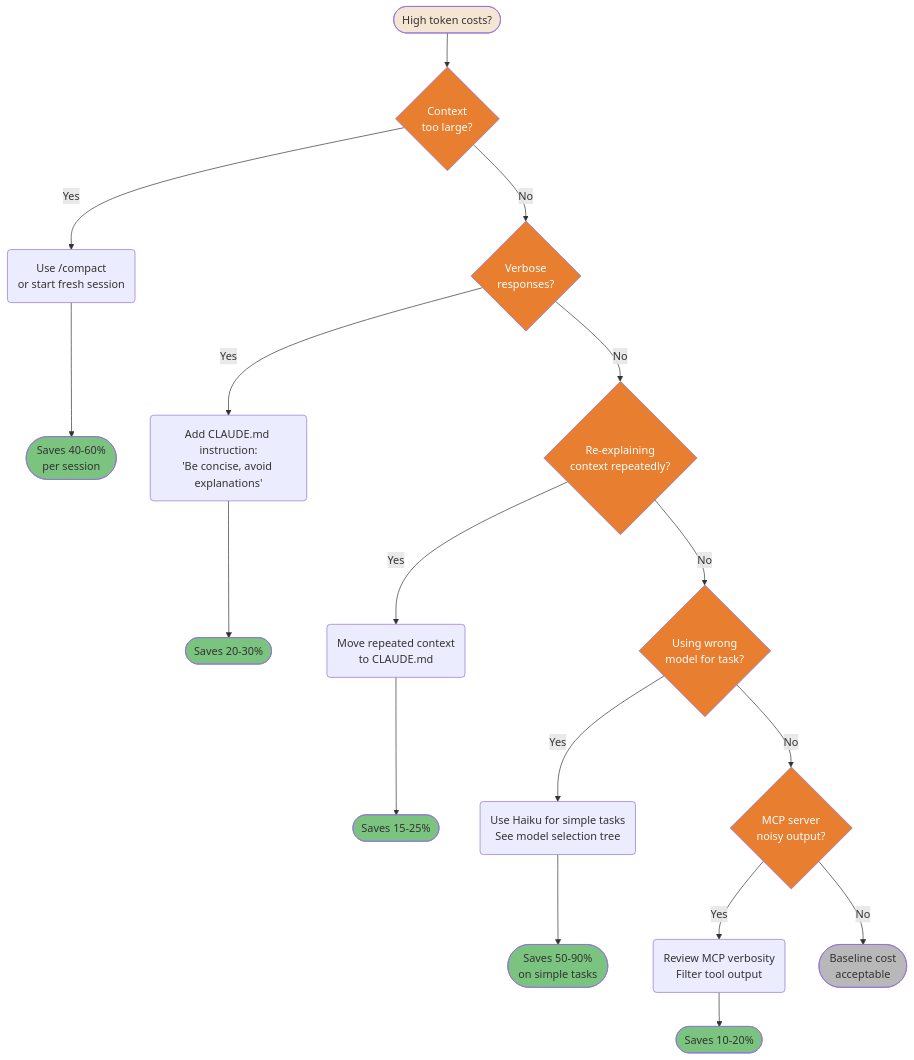
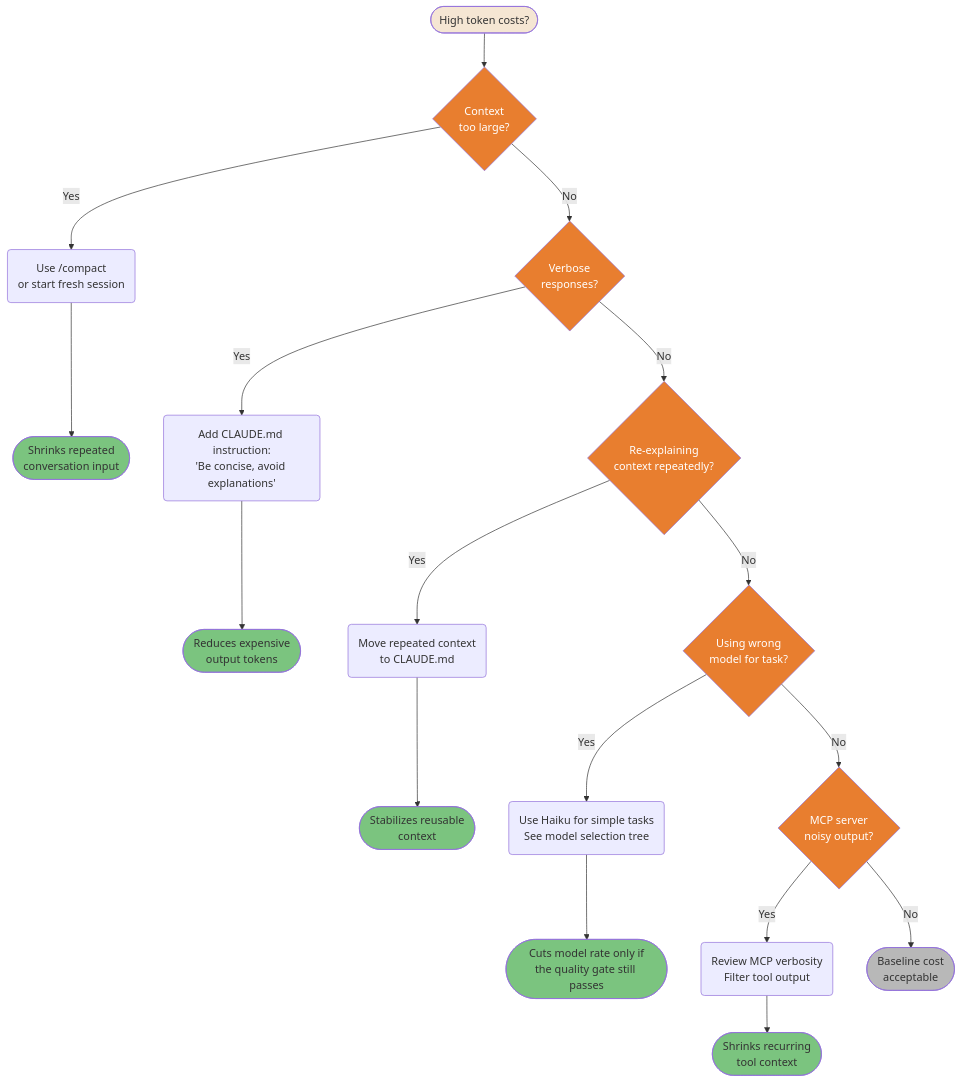
Before and after one commit to FlorianBruniaux/claude-code-ultimate-guide: the second of 4 diagrams in guide/diagrams/09-cost-and-optimization.md, drawn with Mermaid. The commit also changed other lines of this file and 10 other files, not shown here.

````diff
--- a/guide/diagrams/09-cost-and-optimization.md
+++ b/guide/diagrams/09-cost-and-optimization.md
@@ -99,55 +99,55 @@
 ```mermaid
 flowchart TD
     A([High token costs?]) --> B{Context<br/>too large?}
     B -->|Yes| C(Use /compact<br/>or start fresh session)
-    C --> Z([Saves 40-60%<br/>per session])
+    C --> Z([Shrinks repeated<br/>conversation input])
 
     B -->|No| D{Verbose<br/>responses?}
     D -->|Yes| E(Add CLAUDE.md instruction:<br/>'Be concise, avoid explanations')
-    E --> Z2([Saves 20-30%])
+    E --> Z2([Reduces expensive<br/>output tokens])
 
     D -->|No| F{Re-explaining<br/>context repeatedly?}
     F -->|Yes| G(Move repeated context<br/>to CLAUDE.md)
-    G --> Z3([Saves 15-25%])
+    G --> Z3([Stabilizes reusable<br/>context])
 
     F -->|No| H{Using wrong<br/>model for task?}
     H -->|Yes| I(Use Haiku for simple tasks<br/>See model selection tree)
-    I --> Z4([Saves 50-90%<br/>on simple tasks])
+    I --> Z4([Cuts model rate only if<br/>the quality gate still passes])
 
     H -->|No| J{MCP server<br/>noisy output?}
     J -->|Yes| K(Review MCP verbosity<br/>Filter tool output)
-    K --> Z5([Saves 10-20%])
+    K --> Z5([Shrinks recurring<br/>tool context])
 
     J -->|No| L([Baseline cost<br/>acceptable])
 
     style A fill:#F5E6D3,color:#333
     style B fill:#E87E2F,color:#fff
     style D fill:#E87E2F,color:#fff
     style F fill:#E87E2F,color:#fff
     style H fill:#E87E2F,color:#fff
     style J fill:#E87E2F,color:#fff
     style Z fill:#7BC47F,color:#333
     style Z2 fill:#7BC47F,color:#333
     style Z3 fill:#7BC47F,color:#333
     style Z4 fill:#7BC47F,color:#333
     style Z5 fill:#7BC47F,color:#333
     style L fill:#B8B8B8,color:#333
 
     click A href "https://github.com/FlorianBruniaux/claude-code-ultimate-guide/blob/main/guide/ultimate-guide.md#913-cost-optimization-strategies" "High token costs?"
     click B href "https://github.com/FlorianBruniaux/claude-code-ultimate-guide/blob/main/guide/ultimate-guide.md#913-cost-optimization-strategies" "Context too large?"
     click C href "https://github.com/FlorianBruniaux/claude-code-ultimate-guide/blob/main/guide/ultimate-guide.md#913-cost-optimization-strategies" "Use /compact or start fresh"
     click D href "https://github.com/FlorianBruniaux/claude-code-ultimate-guide/blob/main/guide/ultimate-guide.md#913-cost-optimization-strategies" "Verbose responses?"
     click E href "https://github.com/FlorianBruniaux/claude-code-ultimate-guide/blob/main/guide/ultimate-guide.md#913-cost-optimization-strategies" "Add CLAUDE.md instruction"
     click F href "https://github.com/FlorianBruniaux/claude-code-ultimate-guide/blob/main/guide/ultimate-guide.md#913-cost-optimization-strategies" "Re-explaining context?"
     click G href "https://github.com/FlorianBruniaux/claude-code-ultimate-guide/blob/main/guide/ultimate-guide.md#913-cost-optimization-strategies" "Move context to CLAUDE.md"
     click H href "https://github.com/FlorianBruniaux/claude-code-ultimate-guide/blob/main/guide/ultimate-guide.md#913-cost-optimization-strategies" "Wrong model?"
     click I href "https://github.com/FlorianBruniaux/claude-code-ultimate-guide/blob/main/guide/ultimate-guide.md#25-model-selection--thinking-guide" "Use Haiku for simple tasks"
     click J href "https://github.com/FlorianBruniaux/claude-code-ultimate-guide/blob/main/guide/ultimate-guide.md#913-cost-optimization-strategies" "Noisy MCP output?"
     click K href "https://github.com/FlorianBruniaux/claude-code-ultimate-guide/blob/main/guide/ultimate-guide.md#913-cost-optimization-strategies" "Review MCP verbosity"
     click L href "https://github.com/FlorianBruniaux/claude-code-ultimate-guide/blob/main/guide/ultimate-guide.md#913-cost-optimization-strategies" "Baseline cost acceptable"
-    click Z href "https://github.com/FlorianBruniaux/claude-code-ultimate-guide/blob/main/guide/ultimate-guide.md#913-cost-optimization-strategies" "Saves 40-60%"
-    click Z2 href "https://github.com/FlorianBruniaux/claude-code-ultimate-guide/blob/main/guide/ultimate-guide.md#913-cost-optimization-strategies" "Saves 20-30%"
-    click Z3 href "https://github.com/FlorianBruniaux/claude-code-ultimate-guide/blob/main/guide/ultimate-guide.md#913-cost-optimization-strategies" "Saves 15-25%"
-    click Z4 href "https://github.com/FlorianBruniaux/claude-code-ultimate-guide/blob/main/guide/ultimate-guide.md#913-cost-optimization-strategies" "Saves 50-90%"
-    click Z5 href "https://github.com/FlorianBruniaux/claude-code-ultimate-guide/blob/main/guide/ultimate-guide.md#913-cost-optimization-strategies" "Saves 10-20%"
+    click Z href "https://github.com/FlorianBruniaux/claude-code-ultimate-guide/blob/main/guide/ultimate-guide.md#913-cost-optimization-strategies" "Shrink repeated conversation input"
+    click Z2 href "https://github.com/FlorianBruniaux/claude-code-ultimate-guide/blob/main/guide/ultimate-guide.md#913-cost-optimization-strategies" "Reduce output tokens"
+    click Z3 href "https://github.com/FlorianBruniaux/claude-code-ultimate-guide/blob/main/guide/ultimate-guide.md#913-cost-optimization-strategies" "Stabilize reusable context"
+    click Z4 href "https://github.com/FlorianBruniaux/claude-code-ultimate-guide/blob/main/guide/ultimate-guide.md#913-cost-optimization-strategies" "Use a cheaper model after validation"
+    click Z5 href "https://github.com/FlorianBruniaux/claude-code-ultimate-guide/blob/main/guide/ultimate-guide.md#913-cost-optimization-strategies" "Shrink recurring tool context"
 ```
````
